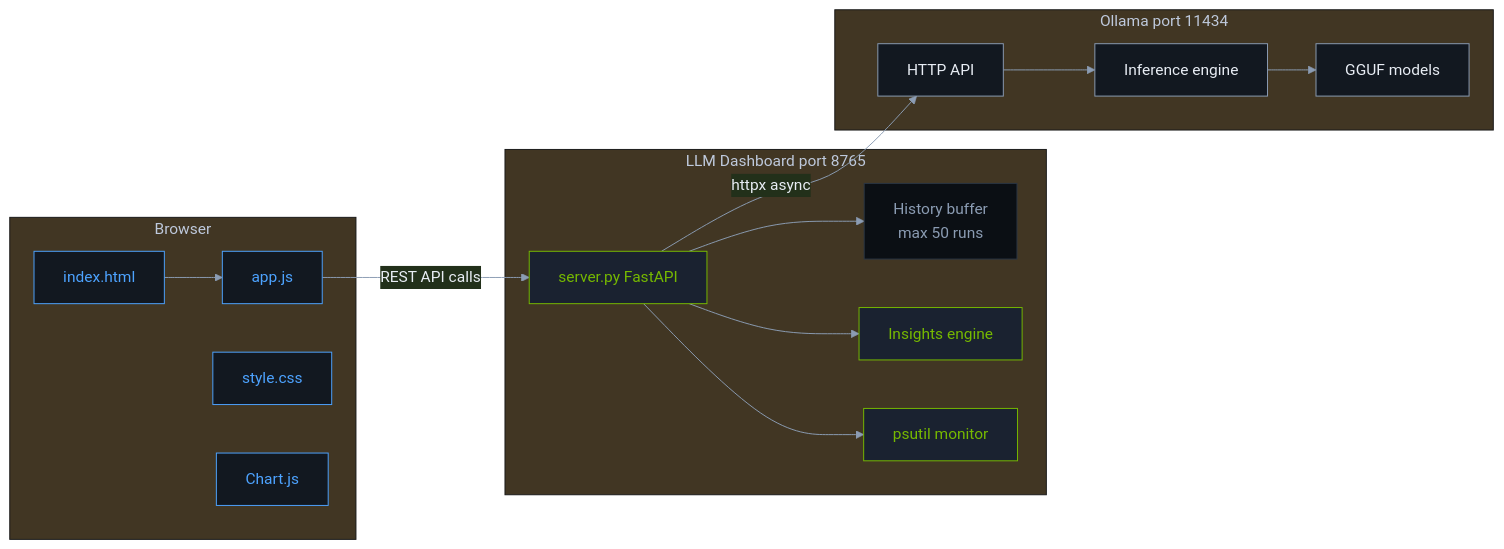
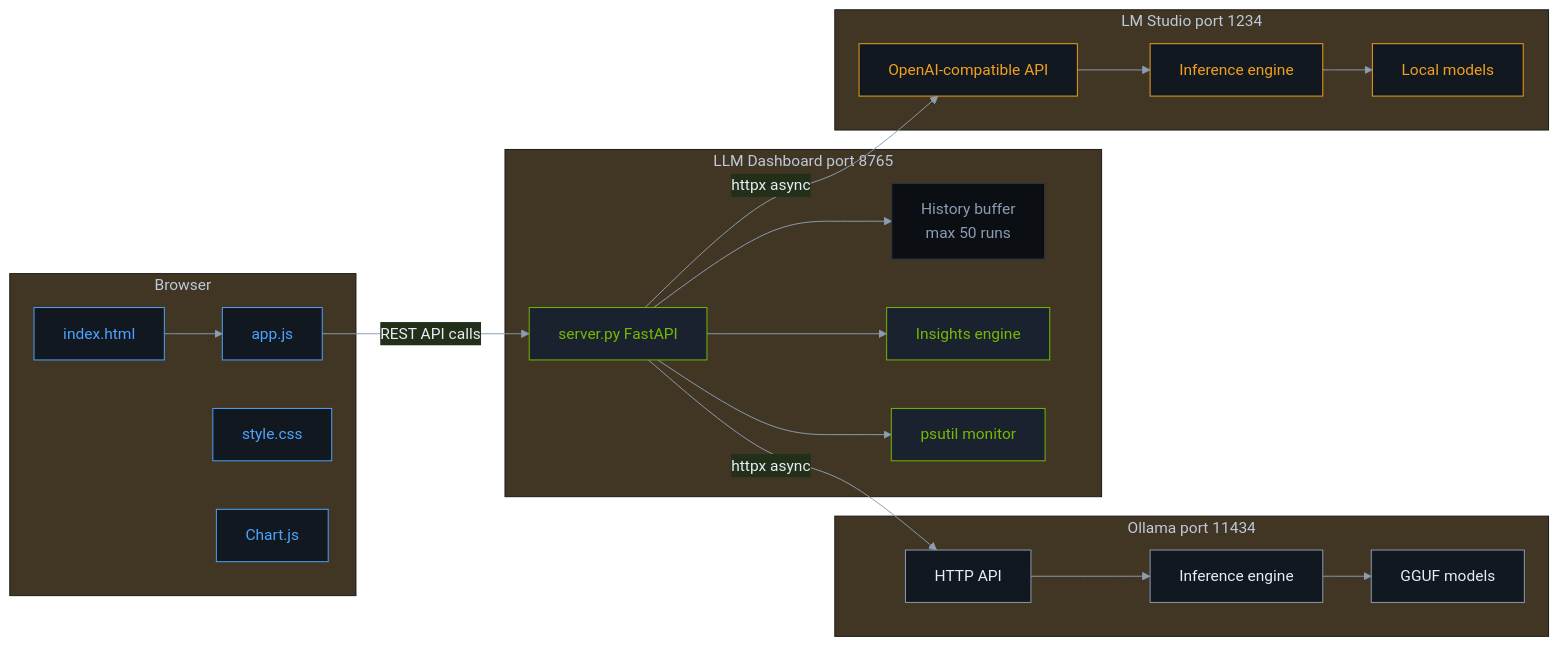
The third of 3 diagrams in README.md (vampokala/llm-dashboard), drawn with Mermaid before and after one commit. The commit also changed other lines of this file and 3 other files, not shown here.

````diff
--- a/README.md
+++ b/README.md
@@ -176,41 +182,51 @@
 ```mermaid
 %%{init: {"theme": "base", "themeVariables": {"primaryColor": "#1a2230", "primaryTextColor": "#e8edf4", "primaryBorderColor": "#2a3544", "lineColor": "#8b9cb3"}}}%%
 flowchart LR
     subgraph Browser["Browser"]
         HTML["index.html"]
         JS["app.js"]
         CSS["style.css"]
         Chart["Chart.js"]
     end
 
     subgraph Server["LLM Dashboard port 8765"]
         FastAPI["server.py FastAPI"]
         History["History buffer<br/>max 50 runs"]
         Insights["Insights engine"]
         Psutil["psutil monitor"]
     end
 
     subgraph OllamaRT["Ollama port 11434"]
-        API["HTTP API"]
-        Infer["Inference engine"]
-        Models["GGUF models"]
+        OllamaAPI["HTTP API"]
+        OllamaInfer["Inference engine"]
+        OllamaModels["GGUF models"]
+    end
+
+    subgraph LMStudioRT["LM Studio port 1234"]
+        LMSAPI["OpenAI-compatible API"]
+        LMSInfer["Inference engine"]
+        LMSModels["Local models"]
     end
 
     HTML --> JS
     JS -->|"REST API calls"| FastAPI
     FastAPI --> History
     FastAPI --> Insights
     FastAPI --> Psutil
-    FastAPI -->|"httpx async"| API
-    API --> Infer --> Models
+    FastAPI -->|"httpx async"| OllamaAPI
+    FastAPI -->|"httpx async"| LMSAPI
+    OllamaAPI --> OllamaInfer --> OllamaModels
+    LMSAPI --> LMSInfer --> LMSModels
 
     classDef browser fill:#121820,stroke:#4da3ff,color:#4da3ff
     classDef server fill:#1a2230,stroke:#76b900,color:#76b900
     classDef ollama fill:#121820,stroke:#8b9cb3,color:#e8edf4
+    classDef lmstudio fill:#121820,stroke:#f0a020,color:#f0a020
     classDef store fill:#0b0f14,stroke:#2a3544,color:#8b9cb3
 
     class HTML,JS,CSS,Chart browser
     class FastAPI,Insights,Psutil server
-    class API,Infer,Models ollama
+    class OllamaAPI,OllamaInfer,OllamaModels ollama
+    class LMSAPI,LMSInfer,LMSModels lmstudio
     class History store
 ```
````
